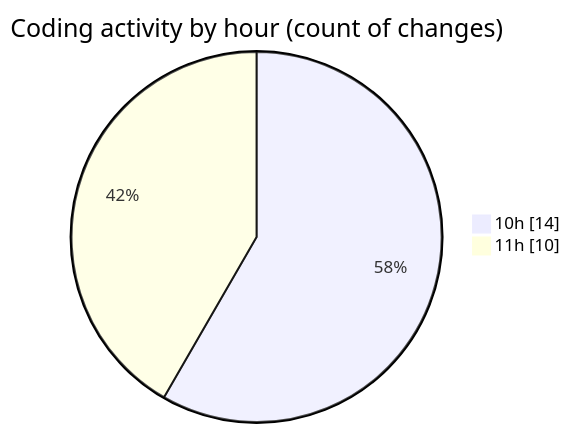
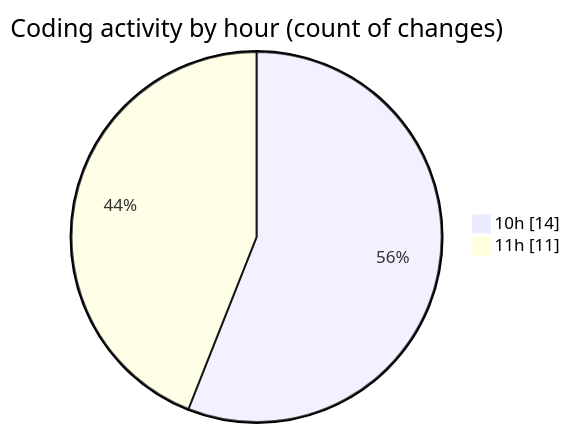
The second of 2 diagrams in 2025-09-29/cda/README.md (momahboobian/code-tracking), drawn with Mermaid before and after one commit. The commit also changed other lines of this file and 1 other file, not shown here.

````diff
--- a/2025-09-29/cda/README.md
+++ b/2025-09-29/cda/README.md
@@ -34,6 +35,6 @@
 ```mermaid
 pie showData
 title Coding activity by hour (count of changes)
 "10h" : 14
-"11h" : 10
+"11h" : 11
 ```
````
